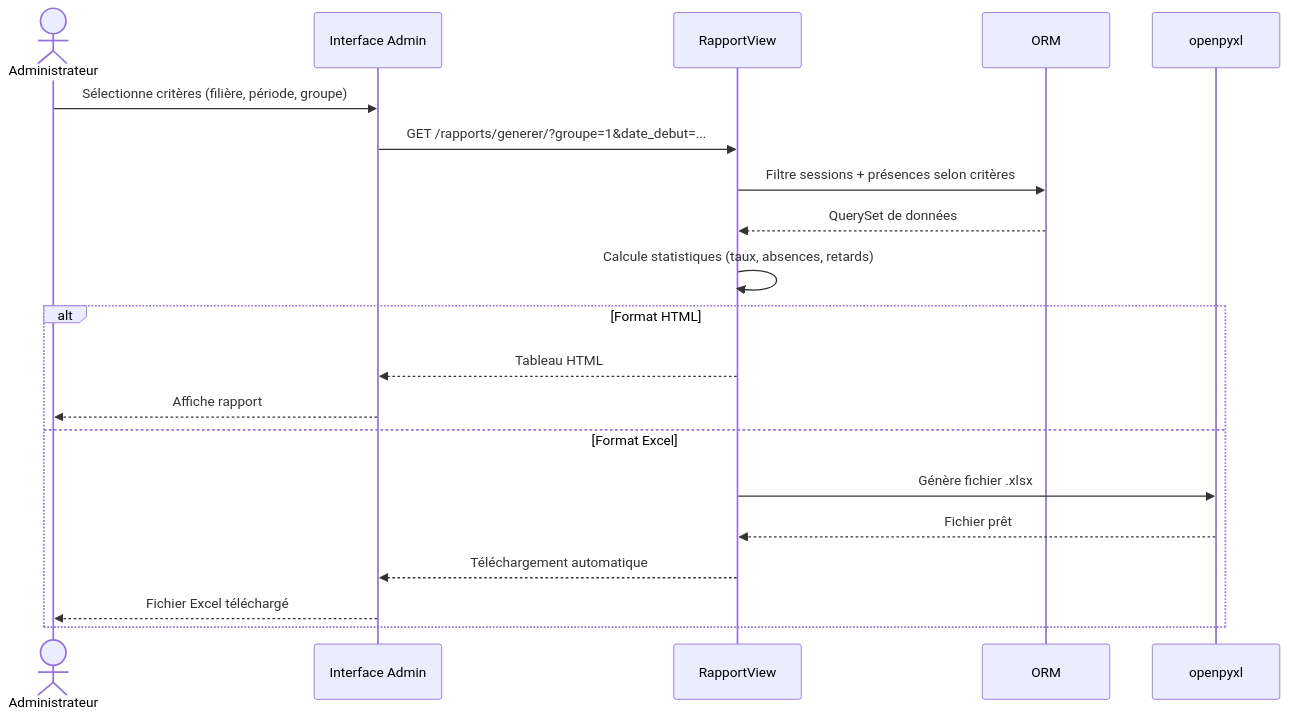
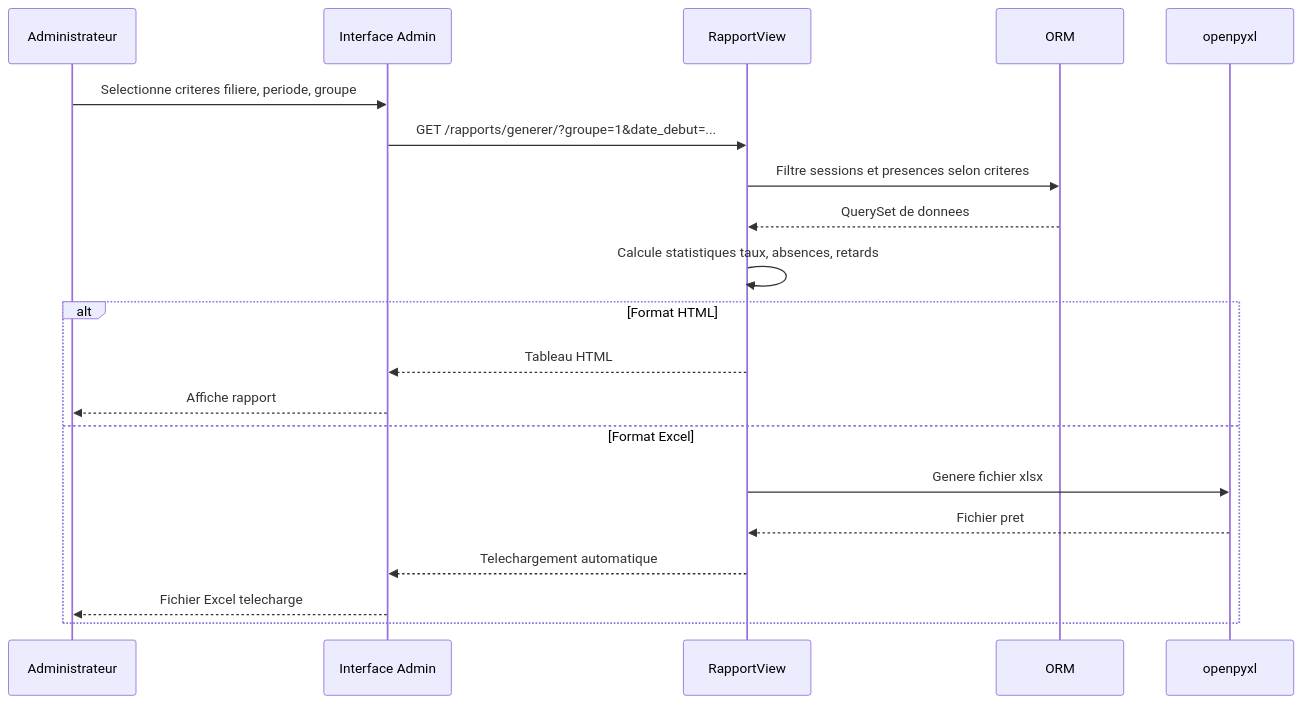
Before and after one commit to abdeladimdemnati3-hash/project_de_presance-d-etudiant: the tenth of 12 diagrams in README.md, drawn with Mermaid. The commit also changed other lines of this file, not shown here.

First line of the commit message:
fix: Fix Mermaid sequence diagrams for GitHub renderer

````diff
--- a/README.md
+++ b/README.md
@@ -636,24 +636,24 @@
 ```mermaid
 sequenceDiagram
-    actor ADMIN as Administrateur
+    participant ADMIN as Administrateur
     participant UI as Interface Admin
     participant VIEW as RapportView
     participant MODEL as ORM
     participant EXCEL as openpyxl
 
-    ADMIN->>UI: Sélectionne critères (filière, période, groupe)
+    ADMIN->>UI: Selectionne criteres filiere, periode, groupe
     UI->>VIEW: GET /rapports/generer/?groupe=1&date_debut=...
-    VIEW->>MODEL: Filtre sessions + présences selon critères
-    MODEL-->>VIEW: QuerySet de données
-    VIEW->>VIEW: Calcule statistiques (taux, absences, retards)
+    VIEW->>MODEL: Filtre sessions et presences selon criteres
+    MODEL-->>VIEW: QuerySet de donnees
+    VIEW->>VIEW: Calcule statistiques taux, absences, retards
 
     alt Format HTML
         VIEW-->>UI: Tableau HTML
         UI-->>ADMIN: Affiche rapport
     else Format Excel
-        VIEW->>EXCEL: Génère fichier .xlsx
-        EXCEL-->>VIEW: Fichier prêt
-        VIEW-->>UI: Téléchargement automatique
-        UI-->>ADMIN: Fichier Excel téléchargé
+        VIEW->>EXCEL: Genere fichier xlsx
+        EXCEL-->>VIEW: Fichier pret
+        VIEW-->>UI: Telechargement automatique
+        UI-->>ADMIN: Fichier Excel telecharge
     end
 ```
````
